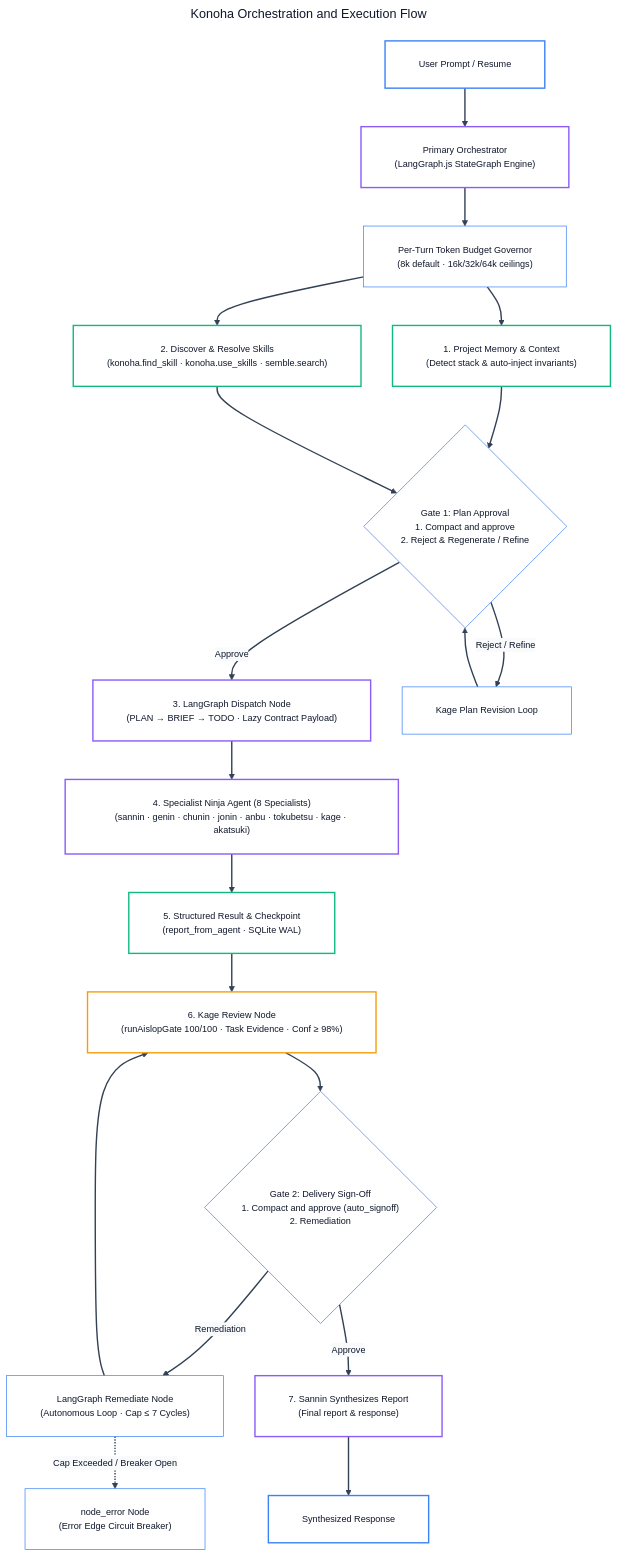
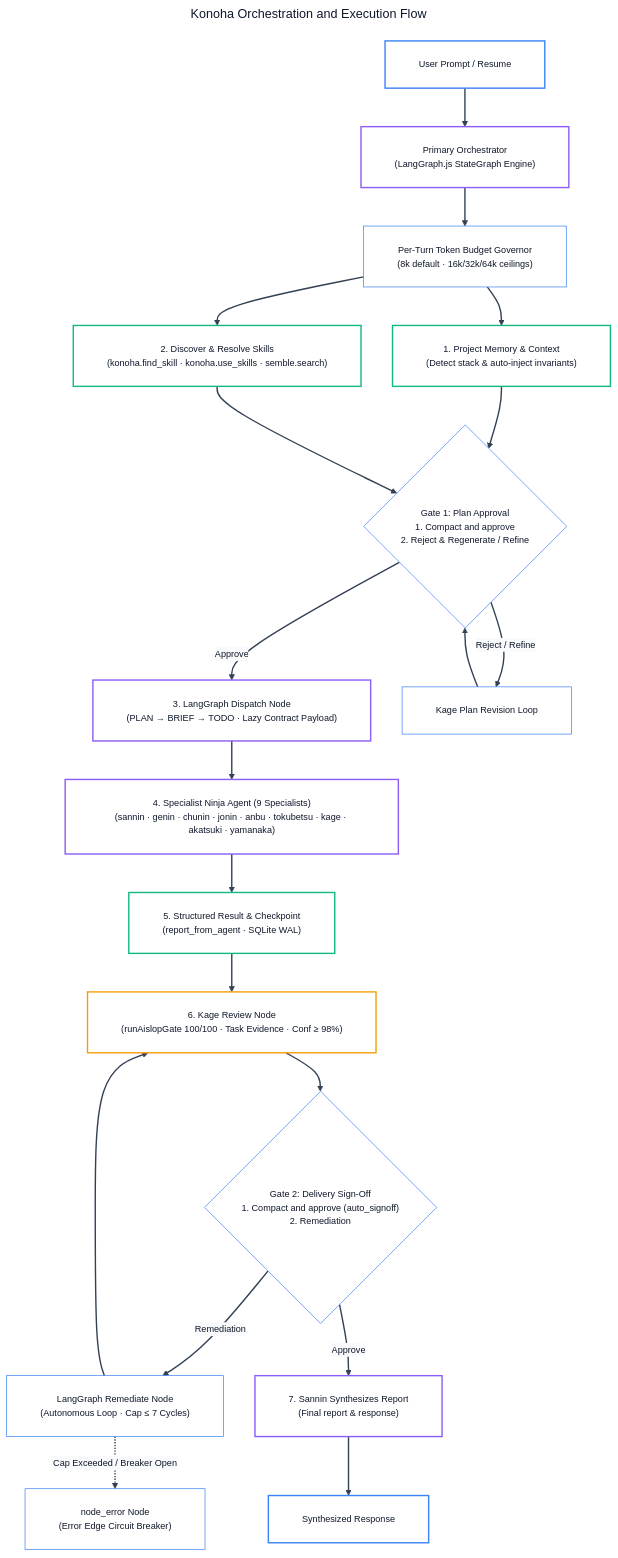
One commit to andycungkrinx91/konoha changed the first of 3 diagrams in README.md. Above: the diagram before and after it, drawn with Mermaid. The commit also changed other lines of this file and 221 other files, not shown here.

Commit message:
chore(release): v2.2.18 - diagram remediation, 3D toolchain, Gemini token guardrails & standing feedback plan

````diff
--- a/README.md
+++ b/README.md
@@ -108,54 +154,54 @@
 ```mermaid
 ---
 title: Konoha Orchestration and Execution Flow
 config:
   theme: base
   themeVariables:
     darkMode: false
     background: '#ffffff'
     mainBkg: '#ffffff'
     primaryColor: '#ffffff'
     primaryTextColor: '#0f172a'
     primaryBorderColor: '#3b82f6'
     lineColor: '#334155'
     arrowheadColor: '#334155'
     secondaryColor: '#f8fafc'
     tertiaryColor: '#ffffff'
     fontFamily: 'Inter, system-ui, -apple-system, sans-serif'
     fontSize: '13px'
   flowchart:
     nodeSpacing: 45
     rankSpacing: 55
     padding: 24
     wrappingWidth: 380
 ---
 flowchart TB
     Prompt["User Prompt / Resume"] --> Orchestrator["Primary Orchestrator<br/>(LangGraph.js StateGraph Engine)"]
     Orchestrator --> Governor["Per-Turn Token Budget Governor<br/>(8k default · 16k/32k/64k ceilings)"]
     Governor --> Context["1. Project Memory & Context<br/>(Detect stack & auto-inject invariants)"]
     Governor --> Discover["2. Discover & Resolve Skills<br/>(konoha.find_skill · konoha.use_skills · semble.search)"]
     Context --> Gate1{"Gate 1: Plan Approval<br/>1. Compact and approve<br/>2. Reject & Regenerate / Refine"}
     Discover --> Gate1
     Gate1 -->|Approve| Delegate["3. LangGraph Dispatch Node<br/>(PLAN → BRIEF → TODO · Lazy Contract Payload)"]
     Gate1 -->|Reject / Refine| PlanRebuild["Kage Plan Revision Loop"]
     PlanRebuild --> Gate1
-    Delegate --> Agent["4. Specialist Ninja Agent (8 Specialists)<br/>(sannin · genin · chunin · jonin · anbu · tokubetsu · kage · akatsuki)"]
+    Delegate --> Agent["4. Specialist Ninja Agent (9 Specialists)<br/>(sannin · genin · chunin · jonin · anbu · tokubetsu · kage · akatsuki · yamanaka)"]
     Agent --> Report["5. Structured Result & Checkpoint<br/>(report_from_agent · SQLite WAL)"]
     Report --> Review["6. Kage Review Node<br/>(runAislopGate 100/100 · Task Evidence · Conf ≥ 98%)"]
     Review --> Gate2{"Gate 2: Delivery Sign-Off<br/>1. Compact and approve (auto_signoff)<br/>2. Remediation"}
     Gate2 -->|Remediation| Remediate["LangGraph Remediate Node<br/>(Autonomous Loop · Cap ≤ 7 Cycles)"]
     Remediate --> Review
     Remediate -.->|Cap Exceeded / Breaker Open| NodeError["node_error Node<br/>(Error Edge Circuit Breaker)"]
     Gate2 -->|Approve| Synthesize["7. Sannin Synthesizes Report<br/>(Final report & response)"]
     Synthesize --> Response["Synthesized Response"]
 
     linkStyle default stroke:#334155,stroke-width:2px;
     classDef userNode fill:#ffffff,stroke:#3b82f6,color:#0f172a,stroke-width:2px;
     classDef orchNode fill:#ffffff,stroke:#8b5cf6,color:#0f172a,stroke-width:2px;
     classDef mcpNode fill:#ffffff,stroke:#10b981,color:#0f172a,stroke-width:2px;
     classDef reviewNode fill:#ffffff,stroke:#f59e0b,color:#0f172a,stroke-width:2px;
     class Prompt,Response userNode;
     class Orchestrator,Synthesize,Delegate,Agent orchNode;
     class Context,Discover,Report mcpNode;
     class Review reviewNode;
 ```
````
